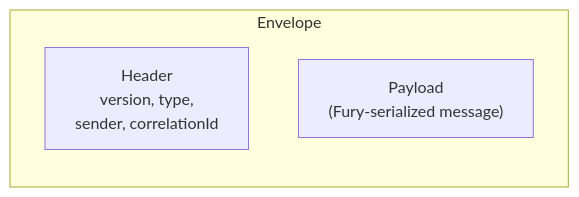
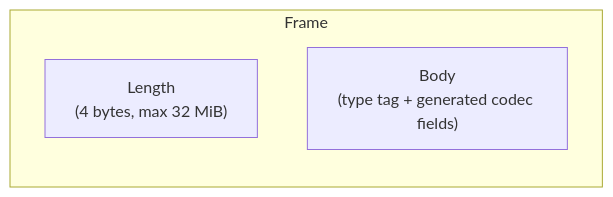
Before and after one commit to pragmaticalabs/pragmatica: the fourth of 6 diagrams in aether/docs/architecture/04-networking.md, drawn with Mermaid. The commit also changed other lines of this file and 11 other files, not shown here.

````diff
--- a/aether/docs/architecture/04-networking.md
+++ b/aether/docs/architecture/04-networking.md
@@ -120,7 +137,7 @@
 ```mermaid
 graph LR
-    subgraph Envelope
-        Header["Header<br/>version, type,<br/>sender, correlationId"]
-        Payload["Payload<br/>(Fury-serialized message)"]
+    subgraph Frame
+        Len["Length<br/>(4 bytes, max 32 MiB)"]
+        Body["Body<br/>(type tag + generated codec fields)"]
     end
 ```
````
